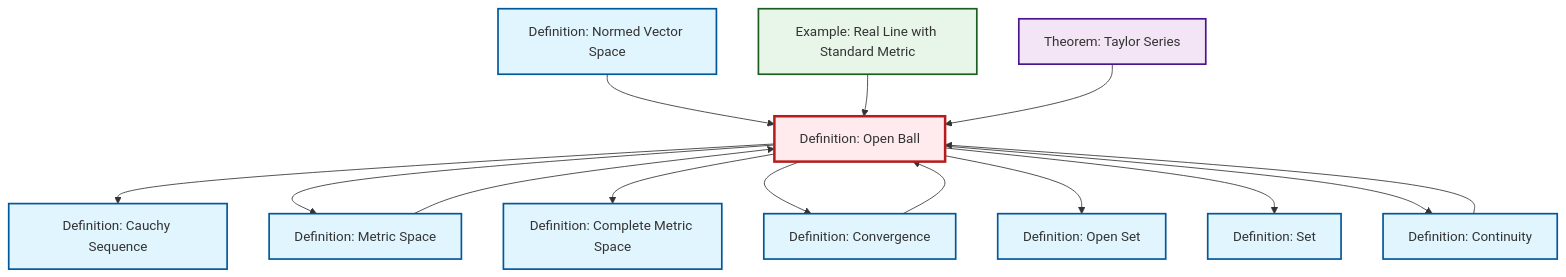
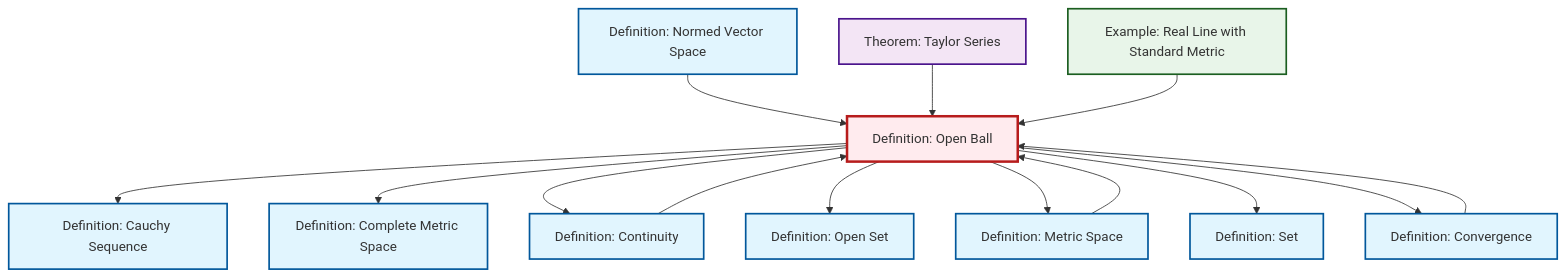
Before and after one commit to RK0429/ModernMath: the diagram in content/en/analysis/def-open-ball.qmd, drawn with Mermaid. The commit also changed other lines of this file and 672 other files, not shown here.

````diff
--- a/content/en/analysis/def-open-ball.qmd
+++ b/content/en/analysis/def-open-ball.qmd
@@ -89,44 +89,44 @@
 ```{mermaid}
 %%| fig-cap: "Local dependency graph"
 graph TD
     classDef definition fill:#e1f5fe,stroke:#01579b,stroke-width:2px
     classDef theorem fill:#f3e5f5,stroke:#4a148c,stroke-width:2px
     classDef axiom fill:#fff3e0,stroke:#e65100,stroke-width:2px
     classDef example fill:#e8f5e9,stroke:#1b5e20,stroke-width:2px
     classDef current fill:#ffebee,stroke:#b71c1c,stroke-width:3px
     def-cauchy-sequence["Definition: Cauchy Sequence"]:::definition
-    def-open-set["Definition: Open Set"]:::definition
     def-set["Definition: Set"]:::definition
+    ex-real-line-metric["Example: Real Line with Standard Metric"]:::example
+    def-metric-space["Definition: Metric Space"]:::definition
+    def-convergence["Definition: Convergence"]:::definition
     def-open-ball["Definition: Open Ball"]:::definition
-    def-continuity["Definition: Continuity"]:::definition
-    def-metric-space["Definition: Metric Space"]:::definition
-    ex-real-line-metric["Example: Real Line with Standard Metric"]:::example
-    def-convergence["Definition: Convergence"]:::definition
     def-complete-metric-space["Definition: Complete Metric Space"]:::definition
     thm-taylor-series["Theorem: Taylor Series"]:::theorem
     def-normed-vector-space["Definition: Normed Vector Space"]:::definition
+    def-continuity["Definition: Continuity"]:::definition
+    def-open-set["Definition: Open Set"]:::definition
+    def-metric-space --> def-open-ball
     def-open-ball --> def-cauchy-sequence
+    def-normed-vector-space --> def-open-ball
+    def-continuity --> def-open-ball
+    def-open-ball --> def-complete-metric-space
+    def-open-ball --> def-continuity
+    thm-taylor-series --> def-open-ball
+    def-open-ball --> def-open-set
+    def-open-ball --> def-metric-space
+    ex-real-line-metric --> def-open-ball
     def-convergence --> def-open-ball
-    def-normed-vector-space --> def-open-ball
-    def-open-ball --> def-metric-space
-    def-continuity --> def-open-ball
-    ex-real-line-metric --> def-open-ball
-    def-open-ball --> def-complete-metric-space
+    def-open-ball --> def-set
     def-open-ball --> def-convergence
-    def-open-ball --> def-open-set
-    def-metric-space --> def-open-ball
-    thm-taylor-series --> def-open-ball
-    def-open-ball --> def-set
-    def-open-ball --> def-continuity
     class def-open-ball current
     click def-cauchy-sequence "def-cauchy-sequence.html" "Go to Cauchy Sequence definition"
-    click def-open-set "def-open-set.html" "Go to Open Set definition"
     click def-set "def-set.html" "Go to Set definition"
-    click def-continuity "def-continuity.html" "Go to Continuity definition"
+    click ex-real-line-metric "ex-real-line-metric.html" "Go to Real Line with Standard Metric example"
     click def-metric-space "def-metric-space.html" "Go to Metric Space definition"
-    click ex-real-line-metric "ex-real-line-metric.html" "Go to Real Line with Standard Metric example"
     click def-convergence "def-convergence.html" "Go to Convergence definition"
     click def-complete-metric-space "def-complete-metric-space.html" "Go to Complete Metric Space definition"
     click thm-taylor-series "thm-taylor-series.html" "Go to Taylor Series theorem"
     click def-normed-vector-space "def-normed-vector-space.html" "Go to Normed Vector Space definition"
+    click def-continuity "def-continuity.html" "Go to Continuity definition"
+    click def-open-set "def-open-set.html" "Go to Open Set definition"
 ```
````
